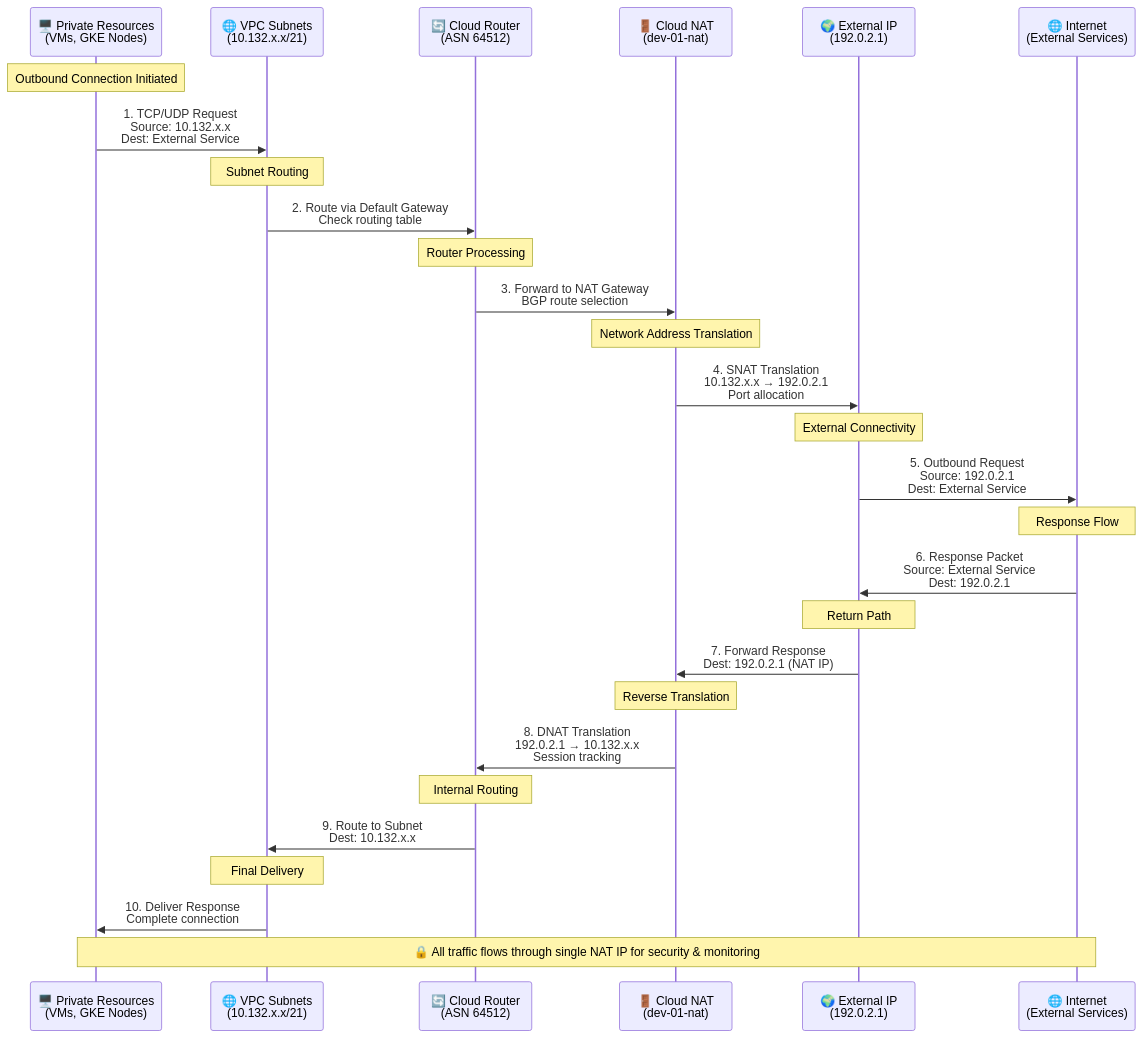
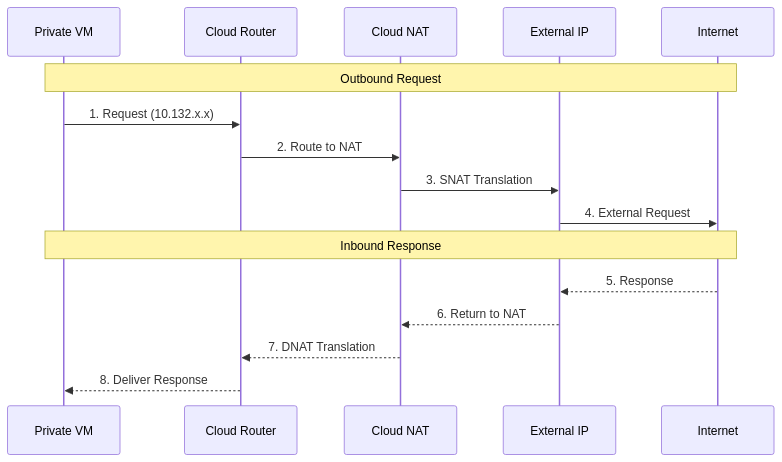
The fourth of 6 diagrams in docs/NETWORK_ARCHITECTURE.md (spolspol/terragrunt-gcp-org-automation), drawn with Mermaid before and after one commit. The commit also changed other lines of this file and 4 other files, not shown here.

First line of the commit message:
Adds comprehensive architecture documentation

````diff
--- a/docs/NETWORK_ARCHITECTURE.md
+++ b/docs/NETWORK_ARCHITECTURE.md
@@ -620,41 +318,20 @@
 ```mermaid
 sequenceDiagram
-    participant PR as 🖥️ Private Resources<br/>(VMs, GKE Nodes)
-    participant SUB as 🌐 VPC Subnets<br/>(10.132.x.x/21)
-    participant RTR as 🔄 Cloud Router<br/>(ASN 64512)
-    participant NAT as 🚪 Cloud NAT<br/>(dev-01-nat)
-    participant EXT as 🌍 External IP<br/>(192.0.2.1)
-    participant INT as 🌐 Internet<br/>(External Services)
+    participant VM as Private VM
+    participant Router as Cloud Router
+    participant NAT as Cloud NAT
+    participant IP as External IP
+    participant Internet
     
-    Note over PR: Outbound Connection Initiated
-    PR->>SUB: 1. TCP/UDP Request<br/>Source: 10.132.x.x<br/>Dest: External Service
+    Note over VM,Internet: Outbound Request
+    VM->>Router: 1. Request (10.132.x.x)
+    Router->>NAT: 2. Route to NAT
+    NAT->>IP: 3. SNAT Translation
+    IP->>Internet: 4. External Request
     
-    Note over SUB: Subnet Routing
-    SUB->>RTR: 2. Route via Default Gateway<br/>Check routing table
-    
-    Note over RTR: Router Processing
-    RTR->>NAT: 3. Forward to NAT Gateway<br/>BGP route selection
-    
-    Note over NAT: Network Address Translation
-    NAT->>EXT: 4. SNAT Translation<br/>10.132.x.x → 192.0.2.1<br/>Port allocation
-    
-    Note over EXT: External Connectivity
-    EXT->>INT: 5. Outbound Request<br/>Source: 192.0.2.1<br/>Dest: External Service
-    
-    Note over INT: Response Flow
-    INT->>EXT: 6. Response Packet<br/>Source: External Service<br/>Dest: 192.0.2.1
-    
-    Note over EXT: Return Path
-    EXT->>NAT: 7. Forward Response<br/>Dest: 192.0.2.1 (NAT IP)
-    
-    Note over NAT: Reverse Translation
-    NAT->>RTR: 8. DNAT Translation<br/>192.0.2.1 → 10.132.x.x<br/>Session tracking
-    
-    Note over RTR: Internal Routing
-    RTR->>SUB: 9. Route to Subnet<br/>Dest: 10.132.x.x
-    
-    Note over SUB: Final Delivery
-    SUB->>PR: 10. Deliver Response<br/>Complete connection
-    
-    Note over PR,INT: 🔒 All traffic flows through single NAT IP for security & monitoring
+    Note over VM,Internet: Inbound Response
+    Internet-->>IP: 5. Response
+    IP-->>NAT: 6. Return to NAT
+    NAT-->>Router: 7. DNAT Translation
+    Router-->>VM: 8. Deliver Response
 ```
````
